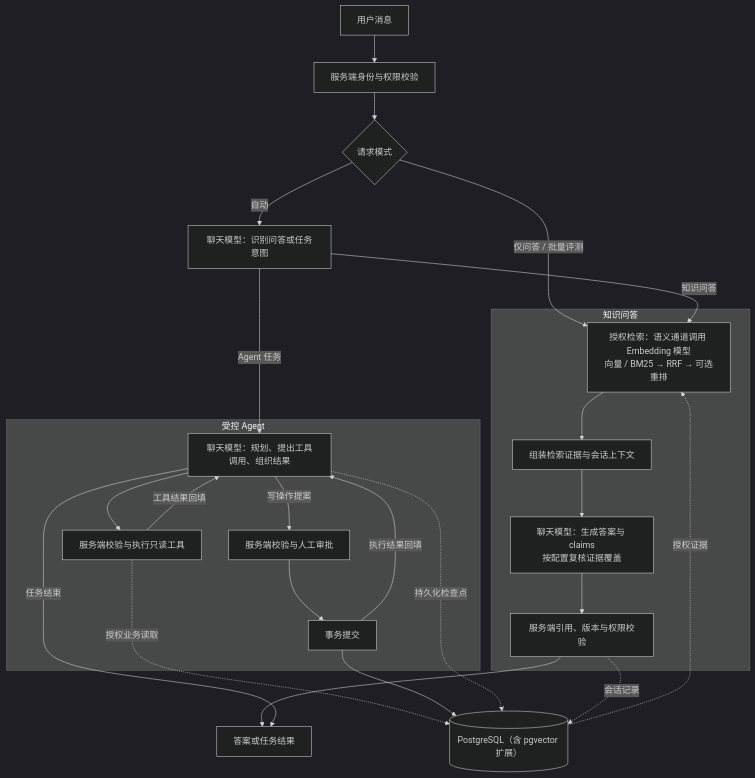
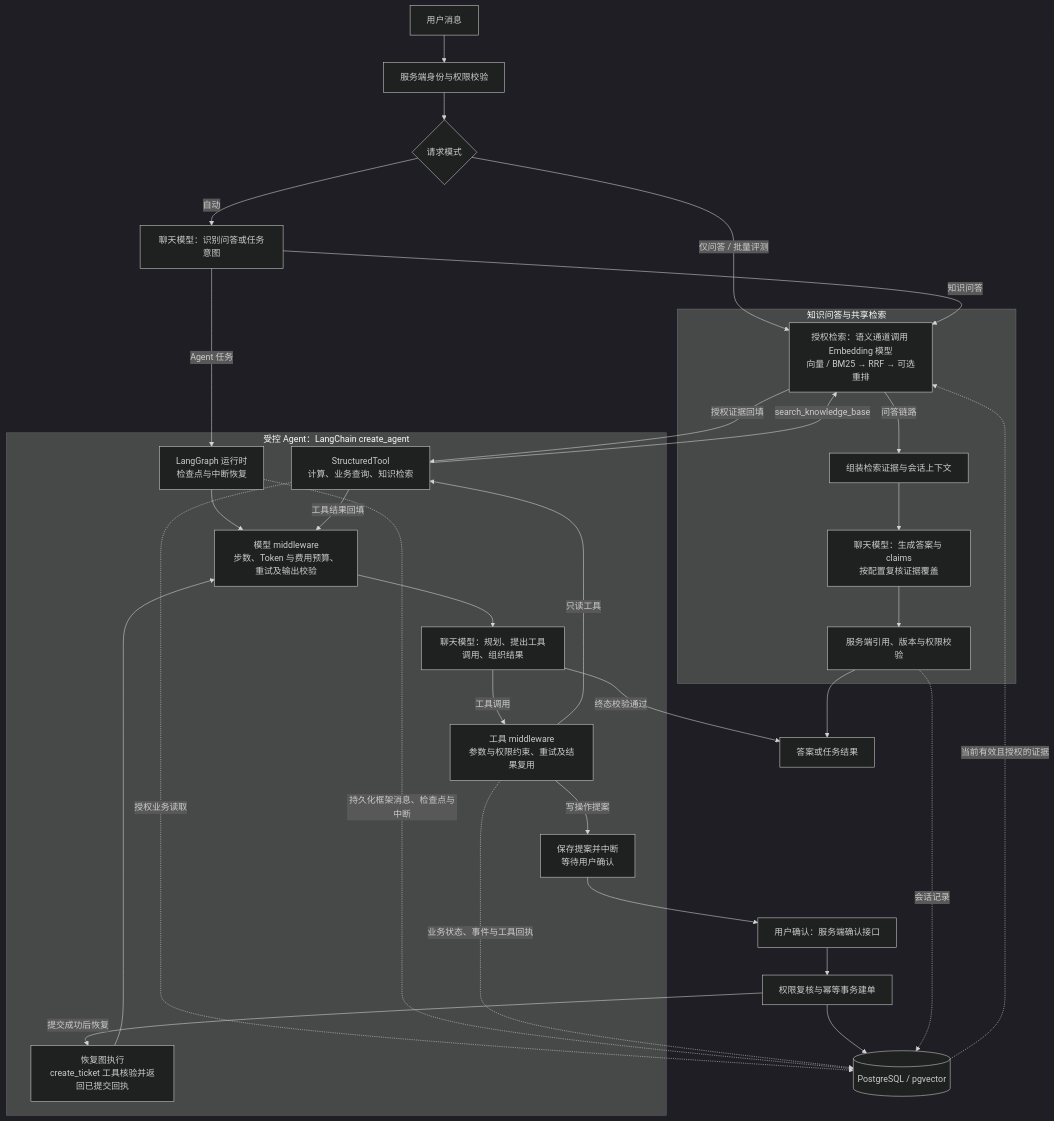
One commit to thxuan/knowledgeops-copilot changed the first of 2 diagrams in README.md. Above: the diagram before and after it, drawn with Mermaid (dark theme). The commit also changed other lines of this file, not shown here.

Commit message:
Update architecture diagrams for Agent and document publication

````diff
--- a/README.md
+++ b/README.md
@@ -32,33 +32,40 @@
 ```mermaid
 flowchart TB
     U[用户消息] --> I[服务端身份与权限校验]
     I --> M{请求模式}
     M -->|自动| Q[聊天模型：识别问答或任务意图]
     M -->|仅问答 / 批量评测| R
     Q -->|知识问答| R
     Q -->|Agent 任务| A
 
-    subgraph RAG[知识问答]
+    subgraph RAG[知识问答与共享检索]
         R[授权检索：语义通道调用 Embedding 模型<br/>向量 / BM25 → RRF → 可选重排]
-        R --> C[组装检索证据与会话上下文]
+        R -->|问答链路| C[组装检索证据与会话上下文]
         C --> G[聊天模型：生成答案与 claims<br/>按配置复核证据覆盖]
         G --> V[服务端引用、版本与权限校验]
     end
 
-    subgraph AGENT[受控 Agent]
-        A[聊天模型：规划、提出工具调用、组织结果]
-        A --> T[服务端校验与执行只读工具]
-        T -->|工具结果回填| A
-        A -->|写操作提案| P[服务端校验与人工审批]
-        P --> W[事务提交]
-        W -->|执行结果回填| A
+    subgraph AGENT[受控 Agent：LangChain create_agent]
+        A[LangGraph 运行时<br/>检查点与中断恢复] --> B[模型 middleware<br/>步数、Token 与费用预算、重试及输出校验]
+        B --> L[聊天模型：规划、提出工具调用、组织结果]
+        L -->|工具调用| H[工具 middleware<br/>参数与权限约束、重试及结果复用]
+        H -->|只读工具| T[StructuredTool<br/>计算、业务查询、知识检索]
+        T -->|工具结果回填| B
+        H -->|写操作提案| P[保存提案并中断<br/>等待用户确认]
+        X[恢复图执行<br/>create_ticket 工具核验并返回已提交回执] --> B
     end
 
+    T -->|search_knowledge_base| R
+    R -->|授权证据回填| T
+    P --> F[用户确认：服务端确认接口]
+    F --> W[权限复核与幂等事务建单]
+    W -->|提交成功后恢复| X
     V --> O[答案或任务结果]
-    A -->|任务结束| O
-    DB[(PostgreSQL（含 pgvector 扩展）)] -.授权证据.-> R
+    L -->|终态校验通过| O
+    DB[(PostgreSQL / pgvector)] -.当前有效且授权的证据.-> R
     T -.授权业务读取.-> DB
     W --> DB
-    A -.持久化检查点.-> DB
+    A -.持久化框架消息、检查点与中断.-> DB
+    H -.业务状态、事件与工具回执.-> DB
     V -.会话记录.-> DB
 ```
````
